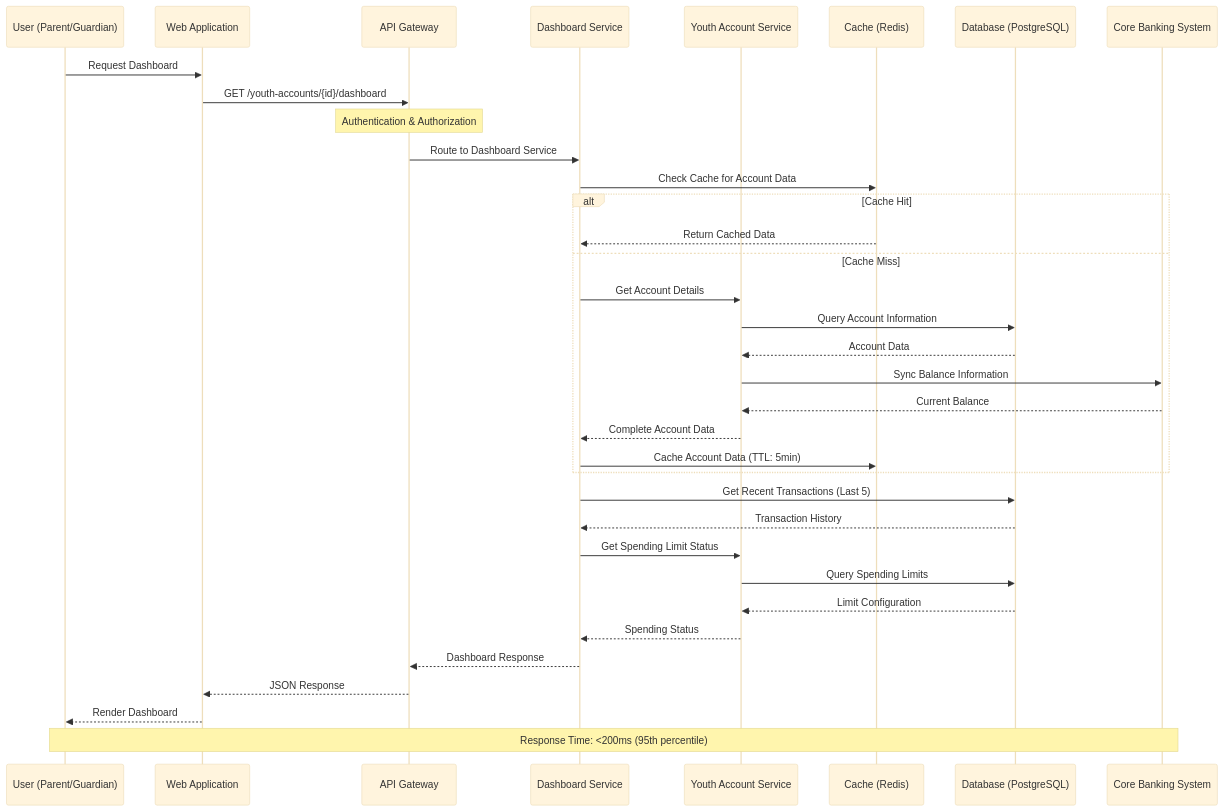
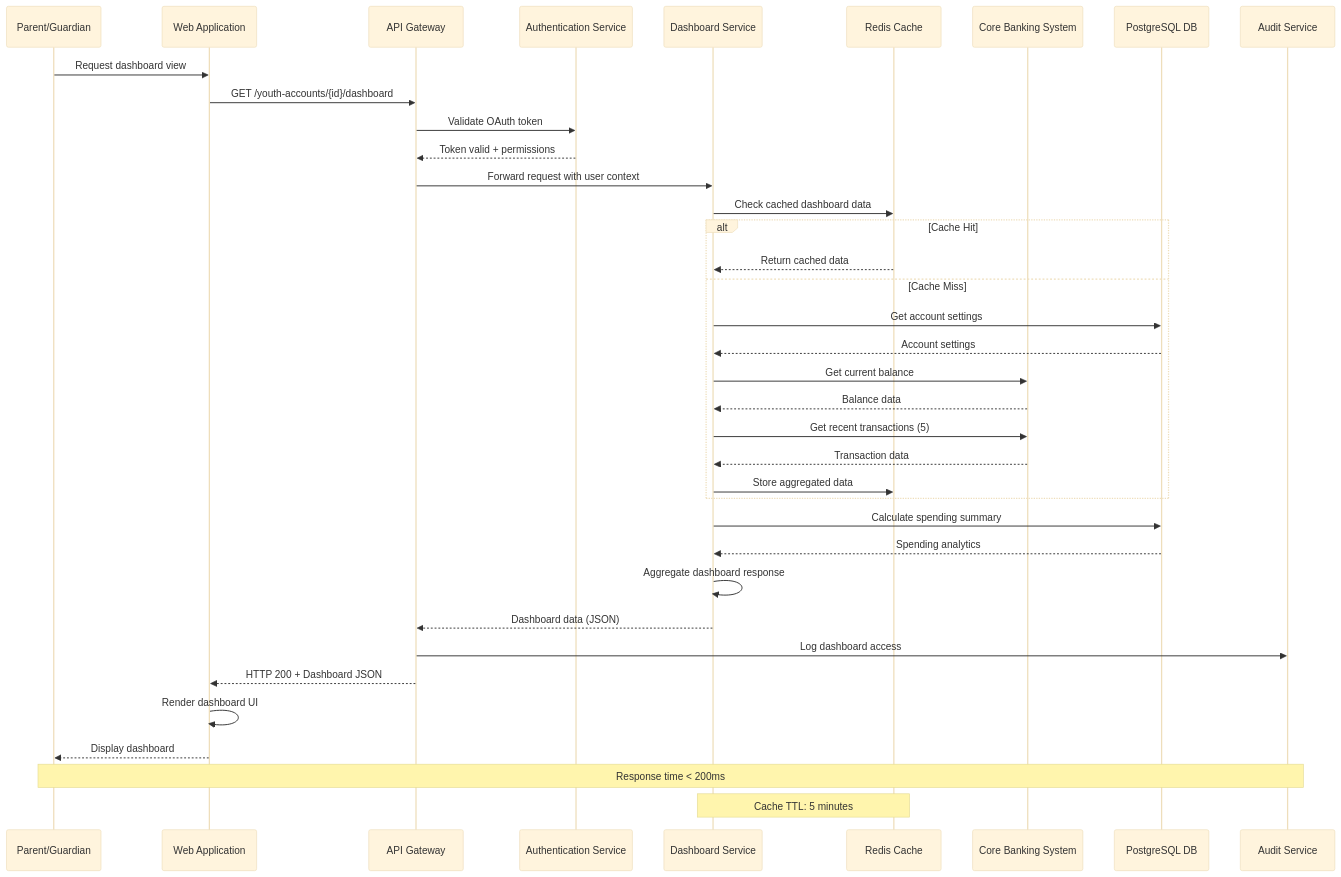
One commit to ThapaswiASC/SCIB-INCEPTION-PHASE-DEMO changed the first of 7 diagrams in API Development/Components and Sequence Diagrams/sequence_diagram.md. Above: the diagram before and after it, drawn with Mermaid (base theme). The commit also changed other lines of this file and 1 other file, not shown here.

````diff
--- a/API Development/Components and Sequence Diagrams/sequence_diagram.md
+++ b/API Development/Components and Sequence Diagrams/sequence_diagram.md
@@ -12,42 +14,43 @@
 ```mermaid
 sequenceDiagram
-    participant U as User (Parent/Guardian)
-    participant WA as Web Application
-    participant AG as API Gateway
-    participant DS as Dashboard Service
-    participant YS as Youth Account Service
-    participant C as Cache (Redis)
-    participant DB as Database (PostgreSQL)
-    participant CBS as Core Banking System
+    participant Parent as Parent/Guardian
+    participant WebApp as Web Application
+    participant APIGateway as API Gateway
+    participant AuthSvc as Authentication Service
+    participant DashboardSvc as Dashboard Service
+    participant Cache as Redis Cache
+    participant CoreBanking as Core Banking System
+    participant Database as PostgreSQL DB
+    participant AuditSvc as Audit Service
 
-    U->>WA: Request Dashboard
-    WA->>AG: GET /youth-accounts/{id}/dashboard
-    Note over AG: Authentication & Authorization
-    AG->>DS: Route to Dashboard Service
+    Parent->>WebApp: Request dashboard view
+    WebApp->>APIGateway: GET /youth-accounts/{id}/dashboard
+    APIGateway->>AuthSvc: Validate OAuth token
+    AuthSvc-->>APIGateway: Token valid + permissions
+    APIGateway->>DashboardSvc: Forward request with user context
     
-    DS->>C: Check Cache for Account Data
+    DashboardSvc->>Cache: Check cached dashboard data
     alt Cache Hit
-        C-->>DS: Return Cached Data
+        Cache-->>DashboardSvc: Return cached data
     else Cache Miss
-        DS->>YS: Get Account Details
-        YS->>DB: Query Account Information
-        DB-->>YS: Account Data
-        YS->>CBS: Sync Balance Information
-        CBS-->>YS: Current Balance
-        YS-->>DS: Complete Account Data
-        DS->>C: Cache Account Data (TTL: 5min)
+        DashboardSvc->>Database: Get account settings
+        Database-->>DashboardSvc: Account settings
+        DashboardSvc->>CoreBanking: Get current balance
+        CoreBanking-->>DashboardSvc: Balance data
+        DashboardSvc->>CoreBanking: Get recent transactions (5)
+        CoreBanking-->>DashboardSvc: Transaction data
+        DashboardSvc->>Cache: Store aggregated data
     end
     
-    DS->>DB: Get Recent Transactions (Last 5)
-    DB-->>DS: Transaction History
-    DS->>YS: Get Spending Limit Status
-    YS->>DB: Query Spending Limits
-    DB-->>YS: Limit Configuration
-    YS-->>DS: Spending Status
-    
-    DS-->>AG: Dashboard Response
-    AG-->>WA: JSON Response
-    WA-->>U: Render Dashboard
-    
-    Note over U,CBS: Response Time: <200ms (95th percentile)
+    DashboardSvc->>Database: Calculate spending summary
+    Database-->>DashboardSvc: Spending analytics
+    DashboardSvc->>DashboardSvc: Aggregate dashboard response
+    DashboardSvc-->>APIGateway: Dashboard data (JSON)
+    APIGateway->>AuditSvc: Log dashboard access
+    APIGateway-->>WebApp: HTTP 200 + Dashboard JSON
+    WebApp->>WebApp: Render dashboard UI
+    WebApp-->>Parent: Display dashboard
+
+    Note over Parent,AuditSvc: Response time < 200ms
+    Note over DashboardSvc,Cache: Cache TTL: 5 minutes
 ```
````
